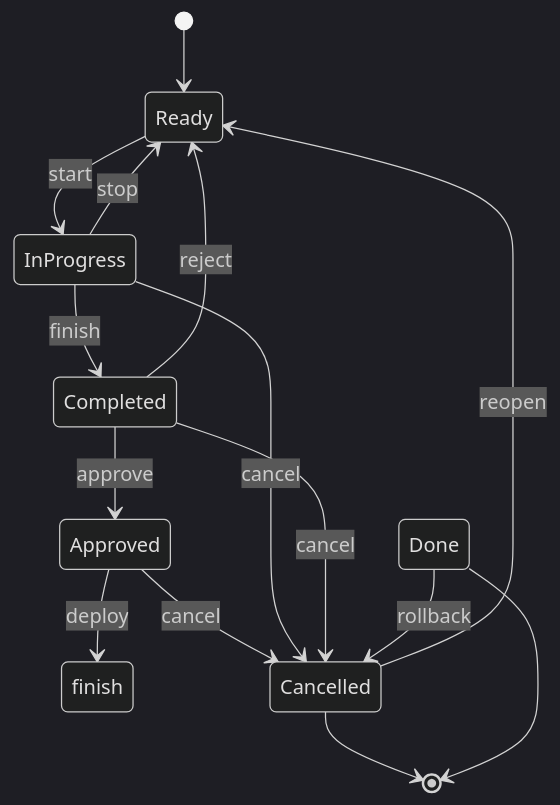
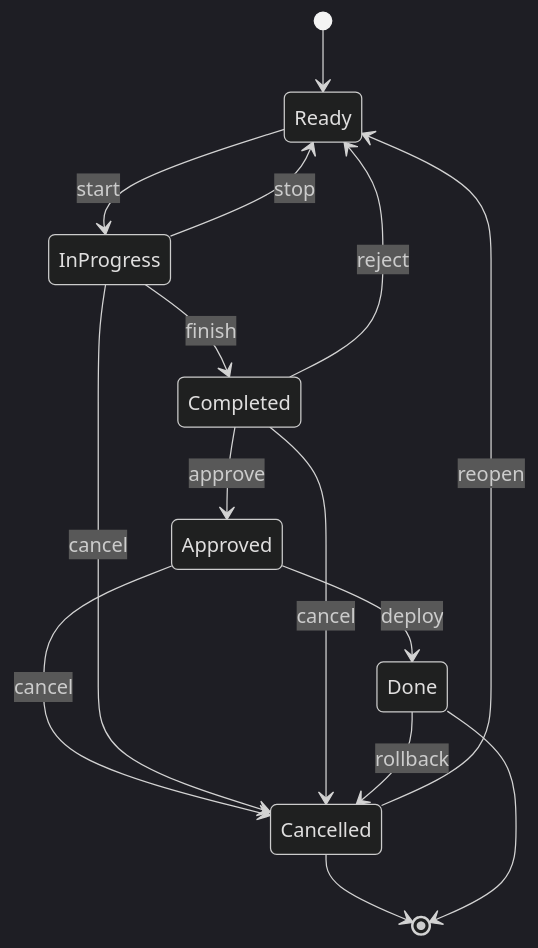
One commit to sebastianclaros/stockventa changed the first of 2 diagrams in scripts/automation/index.md. Above: the diagram before and after it, drawn with Mermaid (dark theme). The commit also changed other lines of this file and 7 other files, not shown here.

`````diff
--- a/scripts/automation/index.md
+++ b/scripts/automation/index.md
@@ -26,17 +26,17 @@
 ````mermaid 
 stateDiagram-v2 
 [*] --> Ready
 Ready --> InProgress : start
 InProgress --> Ready :stop
 InProgress --> Completed : finish
 Completed --> Approved :approve
 Completed --> Ready :reject
-Approved --> finish : deploy
+Approved --> Done : deploy
 Approved --> Cancelled : cancel
 InProgress --> Cancelled : cancel
 Completed --> Cancelled: cancel
 Cancelled --> Ready : reopen
 Cancelled --> [*]
 Done --> [*]
 Done --> Cancelled : rollback
 ````
`````
